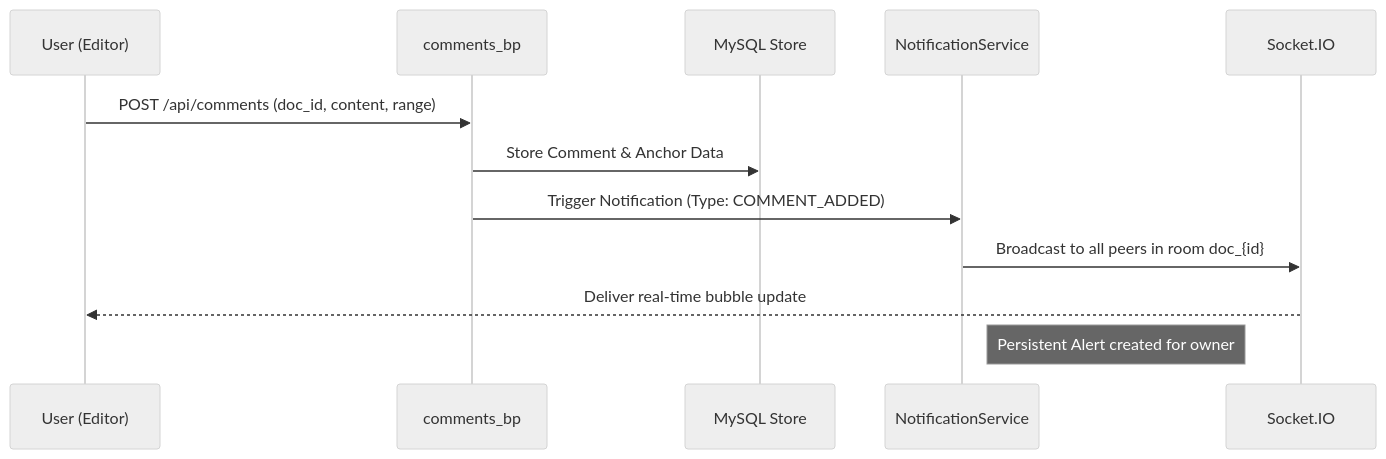
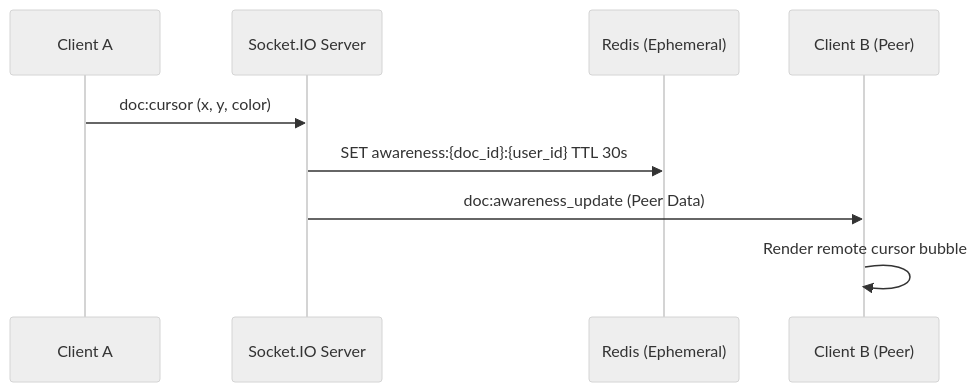
Before and after one commit to UryxSoft/xplagiax_marktrack: diagram 11 of 11 in README.md, drawn with Mermaid (neutral theme). The commit also changed other lines of this file, not shown here.

````diff
--- a/README.md
+++ b/README.md
@@ -196,15 +209,12 @@
 ```mermaid
 sequenceDiagram
-    participant U as User (Editor)
-    participant API as comments_bp
-    participant DB as MySQL Store
-    participant N as NotificationService
-    participant S as Socket.IO
+    participant C as Client A
+    participant S as Socket.IO Server
+    participant R as Redis (Ephemeral)
+    participant O as Client B (Peer)
 
-    U->>API: POST /api/comments (doc_id, content, range)
-    API->>DB: Store Comment & Anchor Data
-    API->>N: Trigger Notification (Type: COMMENT_ADDED)
-    N->>S: Broadcast to all peers in room doc_{id}
-    S-->>U: Deliver real-time bubble update
-    Note right of N: Persistent Alert created for owner
+    C->>S: doc:cursor (x, y, color)
+    S->>R: SET awareness:{doc_id}:{user_id} TTL 30s
+    S->>O: doc:awareness_update (Peer Data)
+    O->>O: Render remote cursor bubble
 ```
````
